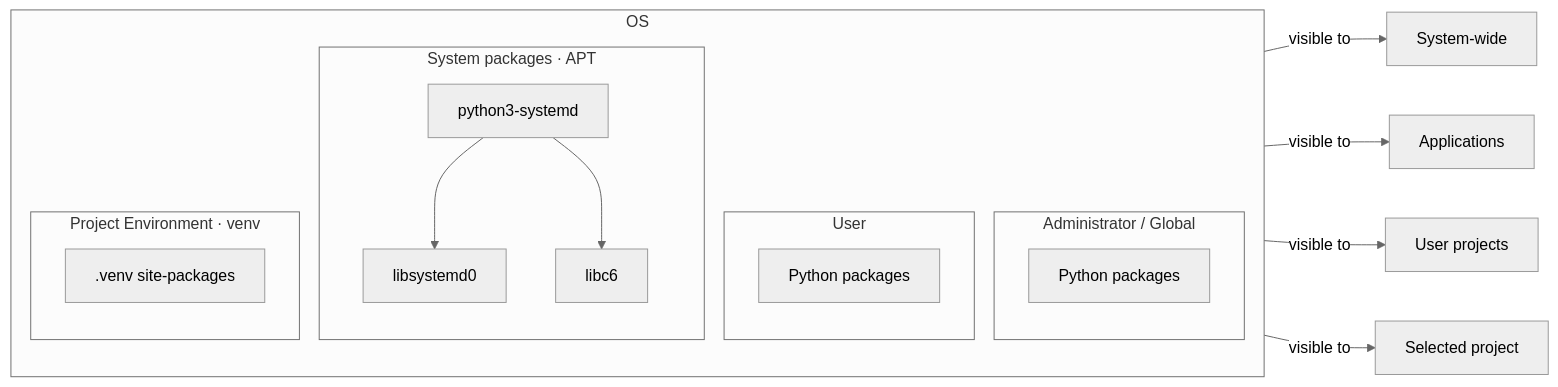
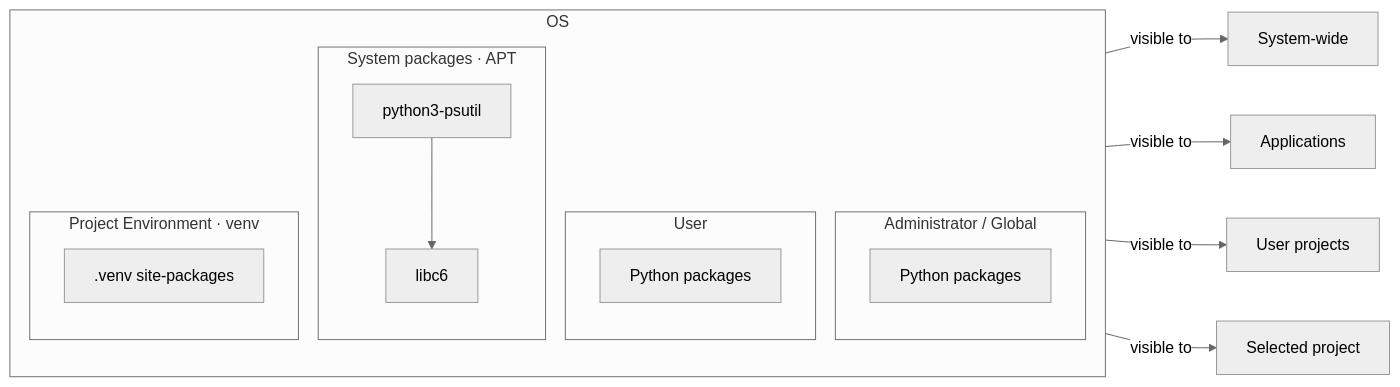
One commit to ValentinTwin1206/modern-python-devops-egineering changed the diagram in docs/chapter-01/section-01.md. Above: the diagram before and after it, drawn with Mermaid (neutral theme). The commit also changed other lines of this file and 23 other files, not shown here.

````diff
--- a/docs/chapter-01/section-01.md
+++ b/docs/chapter-01/section-01.md
@@ -207,32 +207,30 @@
 ```mermaid
 graph LR
     subgraph OS
         direction TB
 
         subgraph SYS["System packages · APT"]
-            PY_SYS["python3-systemd"]
-            LIB["libsystemd0"]
+            PY_SYS["python3-psutil"]
             C["libc6"]
-            PY_SYS --> LIB
             PY_SYS --> C
         end
 
         subgraph ADMIN["Administrator / Global"]
             PY_ADMIN["Python packages"]
         end
 
         subgraph USER["User"]
             PY_USER["Python packages"]
         end
 
         subgraph PROJECT["Project Environment · venv"]
             VENV[".venv site-packages"]
         end
     end
 
 
     PY_SYS -->|visible to| APP_SYS["System-wide"]
     PY_ADMIN -->|visible to| ADMIN_APP["Applications"]
     PY_USER -->|visible to| USER_APP["User projects"]
     VENV -->|visible to| PROJECT_APP["Selected project"]
 ```
````
